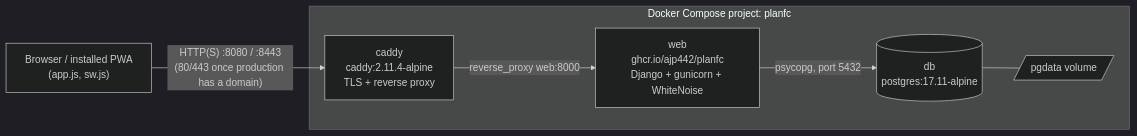
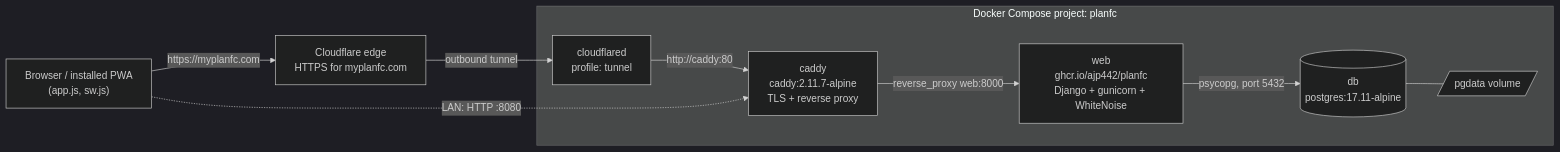
One commit to ajp442/planFC changed the first of 3 diagrams in docs/ARCHITECTURE.md. Above: the diagram before and after it, drawn with Mermaid (dark theme). The commit also changed other lines of this file and 8 other files, not shown here.

First line of the commit message:
Serve a stack through a Cloudflare Tunnel (hosting plan Phase 2)

````diff
--- a/docs/ARCHITECTURE.md
+++ b/docs/ARCHITECTURE.md
@@ -58,14 +60,19 @@
 ```mermaid
 flowchart LR
     phone["Browser / installed PWA<br/>(app.js, sw.js)"]
+    edge["Cloudflare edge<br/>HTTPS for myplanfc.com"]
     subgraph compose["Docker Compose project: planfc"]
-        caddy["caddy<br/>caddy:2.11.4-alpine<br/>TLS + reverse proxy"]
+        tunnel["cloudflared<br/>profile: tunnel"]
+        caddy["caddy<br/>caddy:2.11.7-alpine<br/>TLS + reverse proxy"]
         web["web<br/>ghcr.io/ajp442/planfc<br/>Django + gunicorn + WhiteNoise"]
         db[("db<br/>postgres:17.11-alpine")]
         pgdata[/"pgdata volume"/]
     end
-    phone -- "HTTP(S) :8080 / :8443<br/>(80/443 once production has a domain)" --> caddy
+    phone -- "https://myplanfc.com" --> edge
+    edge -- "outbound tunnel" --> tunnel
+    tunnel -- "http://caddy:80" --> caddy
+    phone -. "LAN: HTTP :8080" .-> caddy
     caddy -- "reverse_proxy web:8000" --> web
     web -- "psycopg, port 5432" --> db
     db --- pgdata
 ```
````
